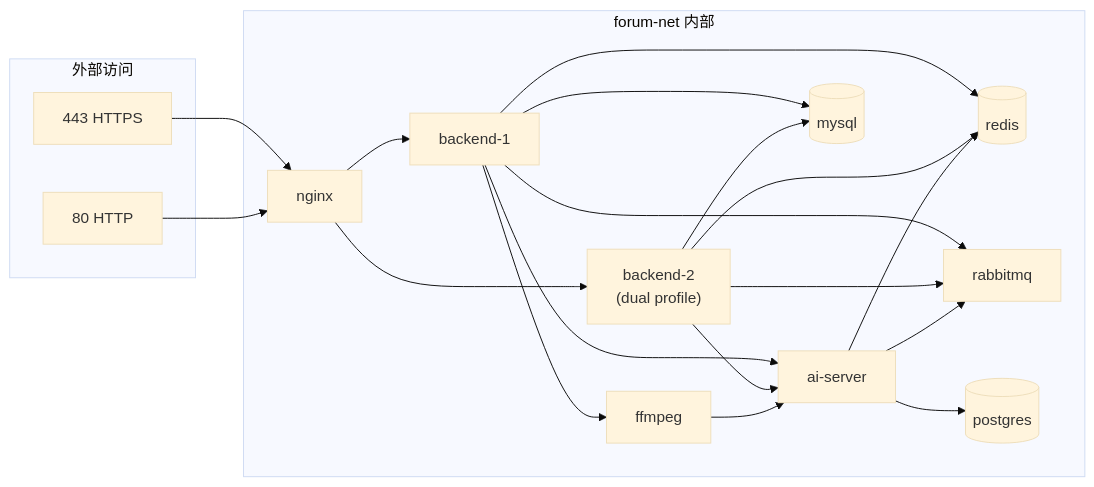
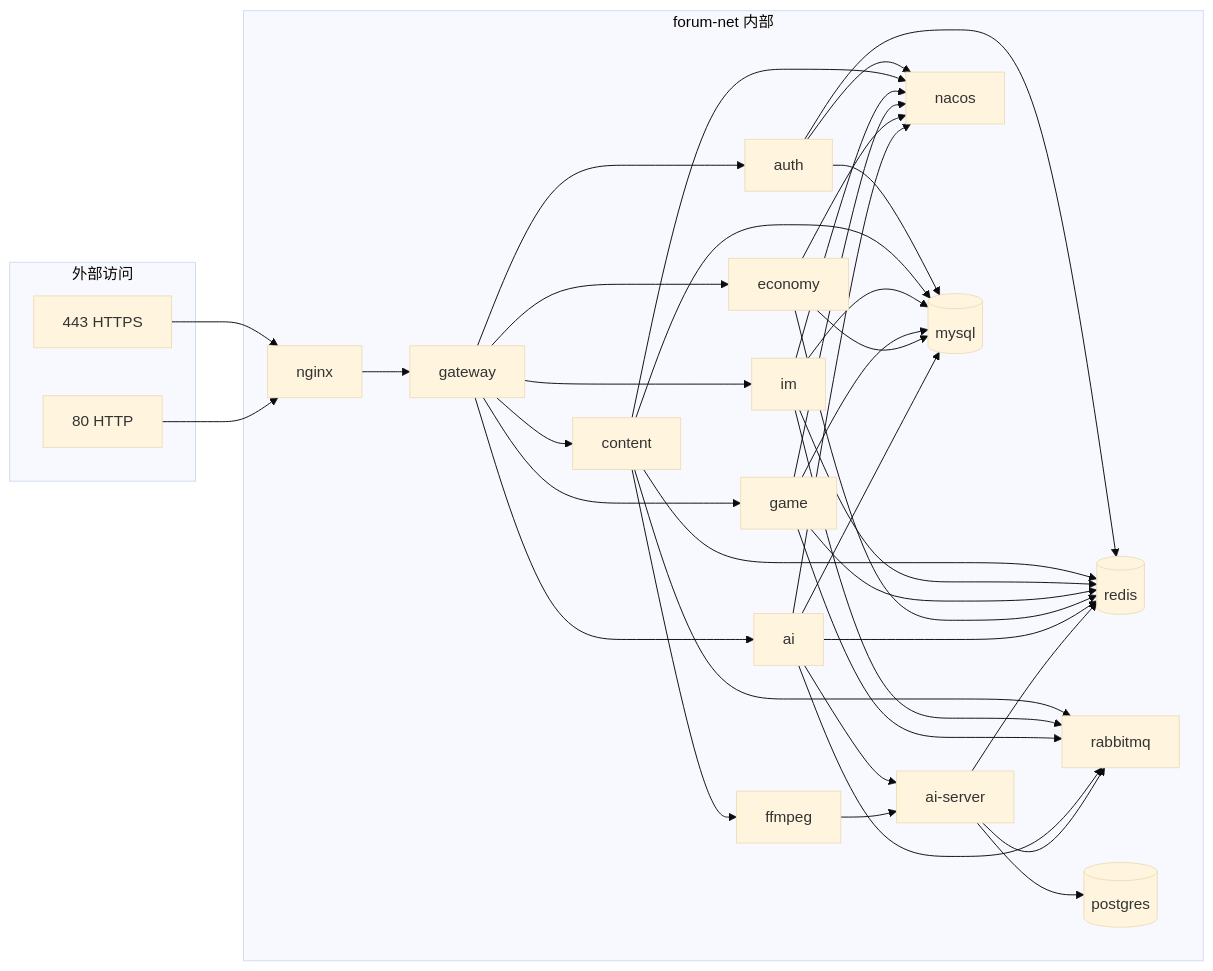
Before and after one commit to pluchon/mengmeng_forum: diagram 20 of 20 in README.md, drawn with Mermaid (base theme). The commit also changed other lines of this file and 1 other file, not shown here.

````diff
--- a/README.md
+++ b/README.md
@@ -582,26 +642,35 @@
 ```mermaid
 flowchart LR
   subgraph ext["外部访问"]
     HTTPS["443 HTTPS"]
     HTTP["80 HTTP"]
   end
   subgraph containers["forum-net 内部"]
     NGX["nginx"]
-    BE1["backend-1"]
-    BE2["backend-2\n(dual profile)"]
-    AI["ai-server"]
+    GW["gateway"]
+    AUTH["auth"]
+    CONTENT["content"]
+    IM["im"]
+    GAME["game"]
+    ECO["economy"]
+    AIJ["ai"]
+    PY["ai-server"]
     FF["ffmpeg"]
+    NACOS["nacos"]
     MY[("mysql")]
     RD[("redis")]
     RMQ["rabbitmq"]
     PG[("postgres")]
   end
   HTTPS --> NGX
   HTTP --> NGX
-  NGX --> BE1
-  NGX --> BE2
-  BE1 --> MY & RD & RMQ & AI & FF
-  BE2 --> MY & RD & RMQ & AI
-  AI --> PG & RD & RMQ
-  FF --> AI
+  NGX --> GW
+  GW --> AUTH & CONTENT & IM & GAME & ECO & AIJ
+  AUTH & CONTENT & IM & GAME & ECO & AIJ --> NACOS
+  AUTH & CONTENT & IM & GAME & ECO & AIJ --> MY & RD
+  CONTENT & IM & GAME & AIJ --> RMQ
+  AIJ --> PY
+  PY --> PG & RD & RMQ
+  CONTENT --> FF
+  FF --> PY
 ```
````
